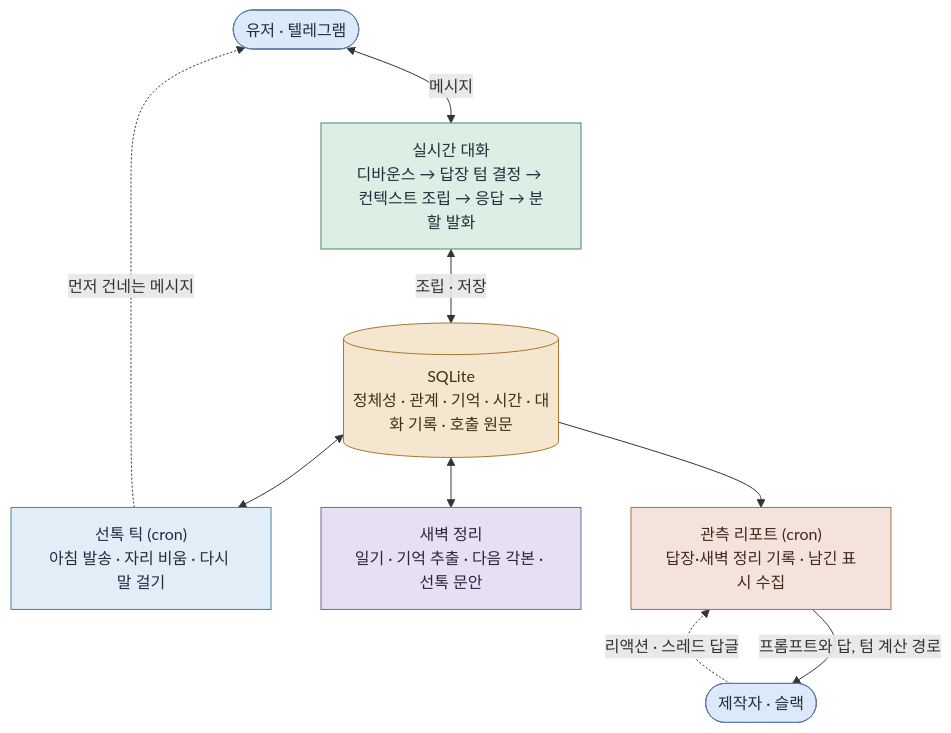
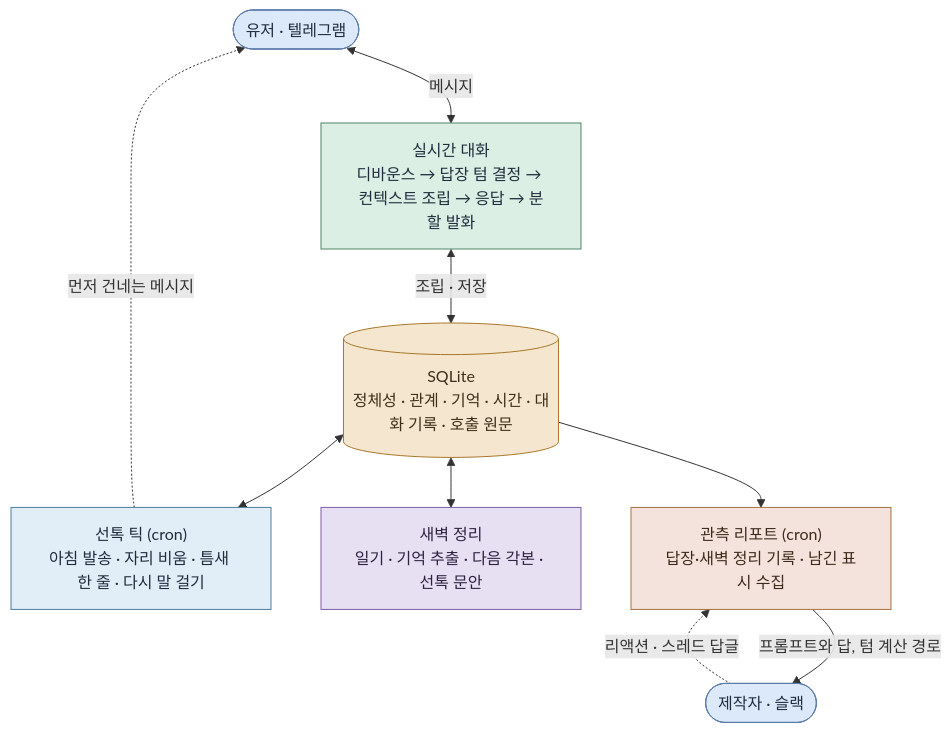
One commit to hyewon3938/random-ai-companion changed the diagram in README.md. Above: the diagram before and after it, drawn with Mermaid. The commit also changed other lines of this file and 2 other files, not shown here.

````diff
--- a/README.md
+++ b/README.md
@@ -313,25 +314,25 @@
 ```mermaid
 graph TB
     U(["유저 · 텔레그램"])
     BOT["실시간 대화<br/>디바운스 → 답장 텀 결정 → 컨텍스트 조립 → 응답 → 분할 발화"]
     MEM[("SQLite<br/>정체성 · 관계 · 기억 · 시간 · 대화 기록 · 호출 원문")]
-    TICK["선톡 틱 (cron)<br/>아침 발송 · 자리 비움 · 다시 말 걸기"]
+    TICK["선톡 틱 (cron)<br/>아침 발송 · 자리 비움 · 틈새 한 줄 · 다시 말 걸기"]
     BATCH["새벽 정리<br/>일기 · 기억 추출 · 다음 각본 · 선톡 문안"]
     OBS["관측 리포트 (cron)<br/>답장·새벽 정리 기록 · 남긴 표시 수집"]
     DEV(["제작자 · 슬랙"])
     U <-->|메시지| BOT
     BOT <-->|조립 · 저장| MEM
     MEM <--> BATCH
     MEM <--> TICK
     TICK -.->|먼저 건네는 메시지| U
     MEM --> OBS
     OBS -->|프롬프트와 답, 텀 계산 경로| DEV
     DEV -.->|리액션 · 스레드 답글| OBS
     style U fill:#dbe9fb,stroke:#5a7aa8,color:#1f2d3d
     style BOT fill:#dcefe4,stroke:#4f8468,color:#1f2d3d
     style MEM fill:#f5e7cf,stroke:#a9762a,color:#3d2f1a
     style TICK fill:#e2eef7,stroke:#4a7f9e,color:#1f2d3d
     style BATCH fill:#e7dff2,stroke:#7b5ea8,color:#2d2340
     style OBS fill:#f3e3dc,stroke:#a8703f,color:#3d2a1a
     style DEV fill:#dbe9fb,stroke:#5a7aa8,color:#1f2d3d
 ```
````
